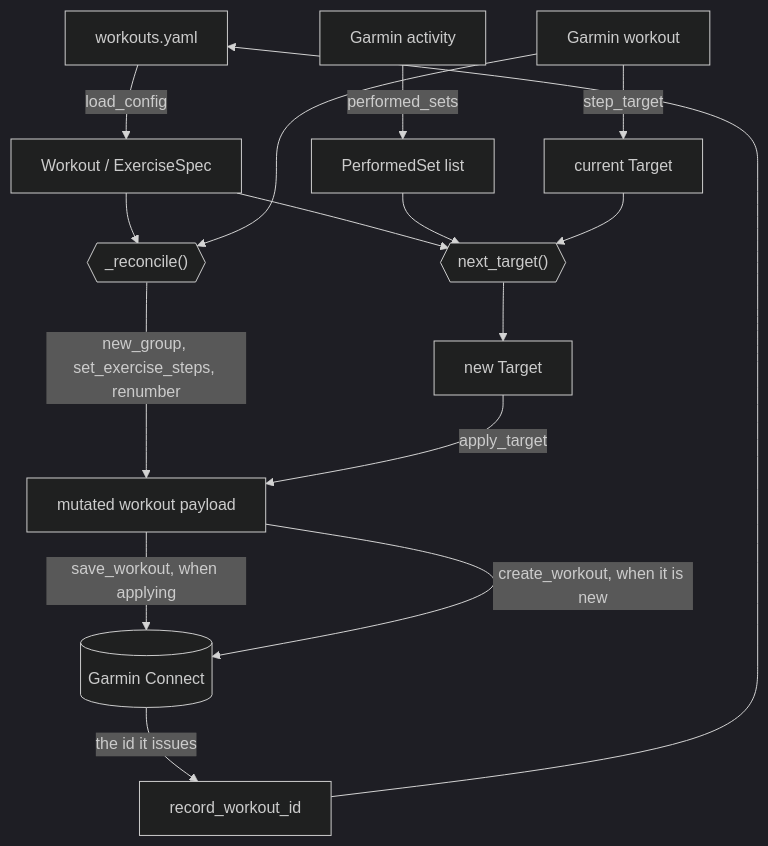
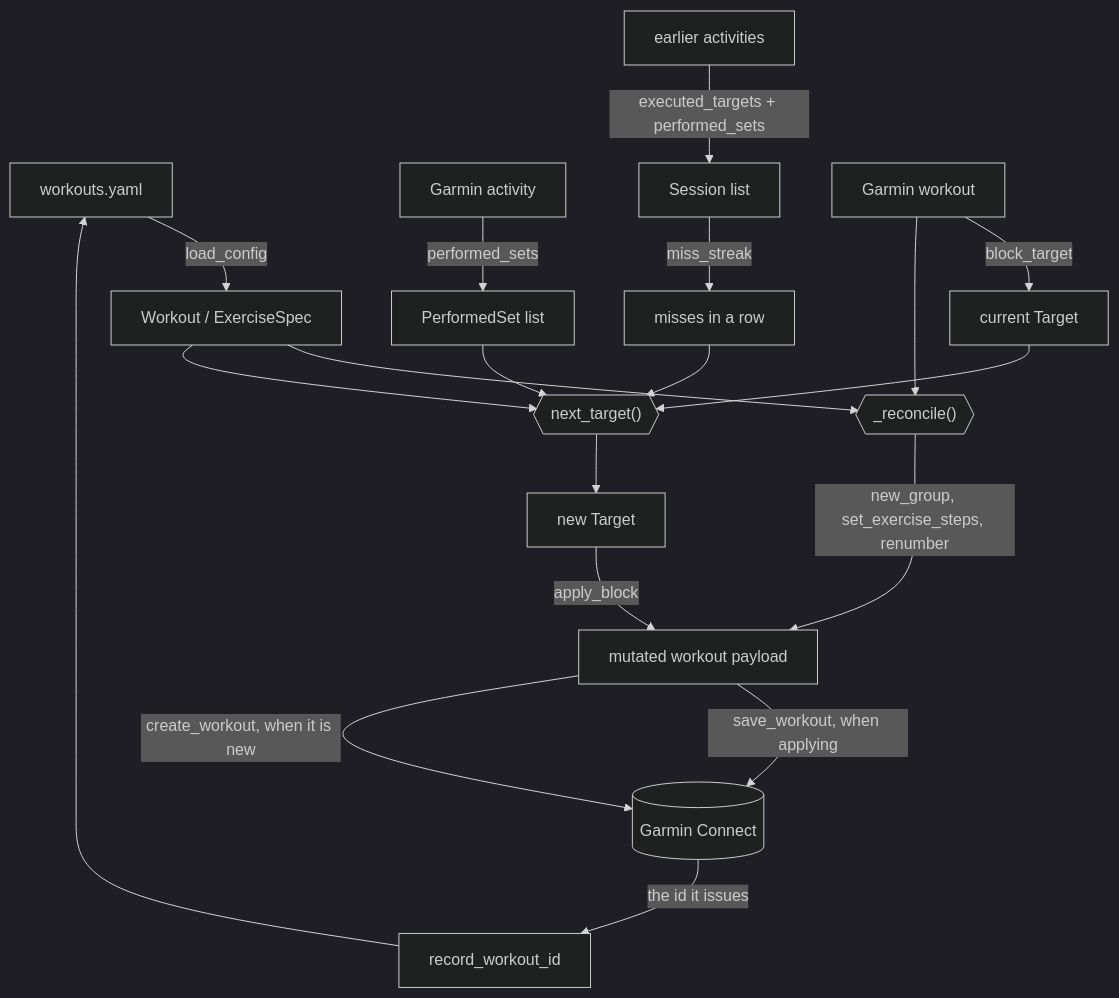
Before and after one commit to theadzik/repwise: the second of 2 diagrams in docs/architecture.md, drawn with Mermaid (dark theme). The commit also changed other lines of this file and 17 other files, not shown here.

````diff
--- a/docs/architecture.md
+++ b/docs/architecture.md
@@ -151,20 +152,23 @@
 ```mermaid
 flowchart TD
     YAML["workouts.yaml"] -->|load_config| SPEC["Workout / ExerciseSpec"]
     ACT["Garmin activity"] -->|performed_sets| PERF["PerformedSet list"]
-    WKT["Garmin workout"] -->|step_target| CUR["current Target"]
+    OLD["earlier activities"] -->|"executed_targets + performed_sets"| HIST["Session list"]
+    HIST -->|miss_streak| STREAK["misses in a row"]
+    WKT["Garmin workout"] -->|block_target| CUR["current Target"]
 
     SPEC --> SHAPE{{"_reconcile()"}}
     WKT --> SHAPE
     SHAPE -->|"new_group, set_exercise_steps, renumber"| MUT
 
     SPEC --> RULES{{"next_target()"}}
     PERF --> RULES
     CUR --> RULES
+    STREAK --> RULES
 
     RULES --> NEW["new Target"]
-    NEW -->|apply_target| MUT["mutated workout payload"]
+    NEW -->|apply_block| MUT["mutated workout payload"]
     MUT -->|"save_workout, when applying"| OUT[("Garmin Connect")]
     MUT -->|"create_workout, when it is new"| OUT
     OUT -->|"the id it issues"| BACK["record_workout_id"] --> YAML
 ```
````
